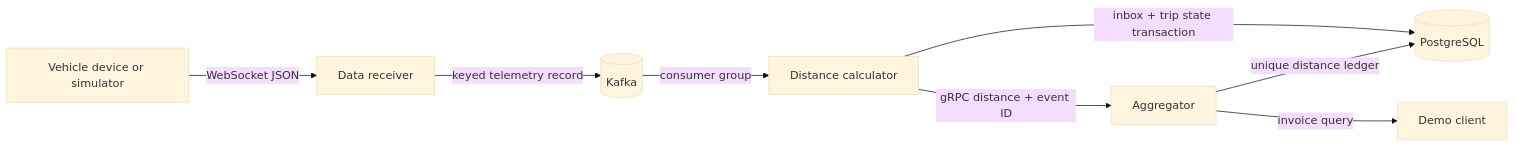
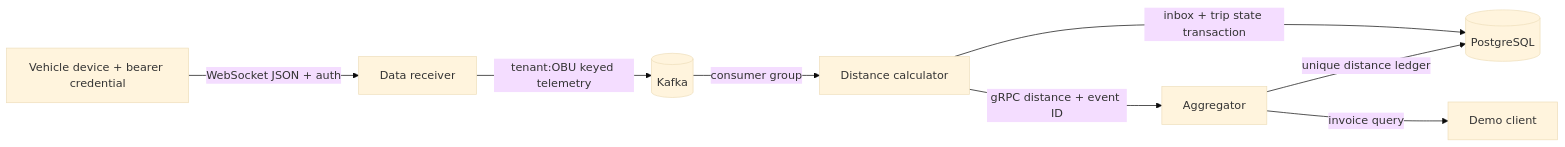
Before and after one commit to Tanmoy095/FleetToll-Engine: the first of 2 diagrams in docs/architecture/HLD.md, drawn with Mermaid (base theme). The commit also changed other lines of this file and 21 other files, not shown here.

````diff
--- a/docs/architecture/HLD.md
+++ b/docs/architecture/HLD.md
@@ -11,10 +11,10 @@
 ```mermaid
 flowchart LR
-  Device[Vehicle device or simulator] -->|WebSocket JSON| Receiver[Data receiver]
-  Receiver -->|keyed telemetry record| Kafka[(Kafka)]
+  Device[Vehicle device + bearer credential] -->|WebSocket JSON + auth| Receiver[Data receiver]
+  Receiver -->|tenant:OBU keyed telemetry| Kafka[(Kafka)]
   Kafka -->|consumer group| Calculator[Distance calculator]
   Calculator -->|inbox + trip state transaction| DB[(PostgreSQL)]
   Calculator -->|gRPC distance + event ID| Aggregator[Aggregator]
   Aggregator -->|unique distance ledger| DB
   Aggregator -->|invoice query| Client[Demo client]
 ```
````
